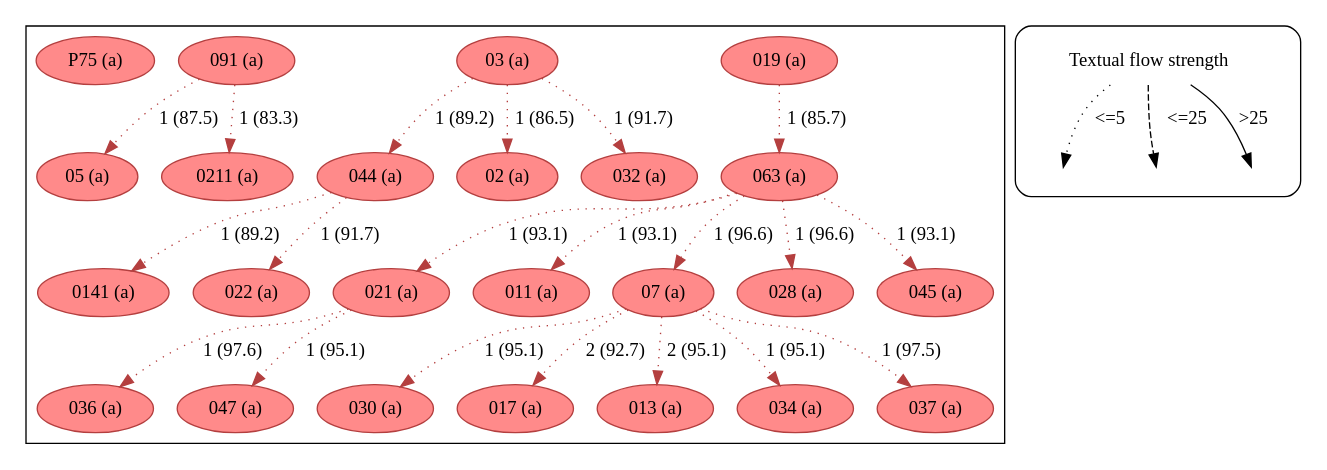
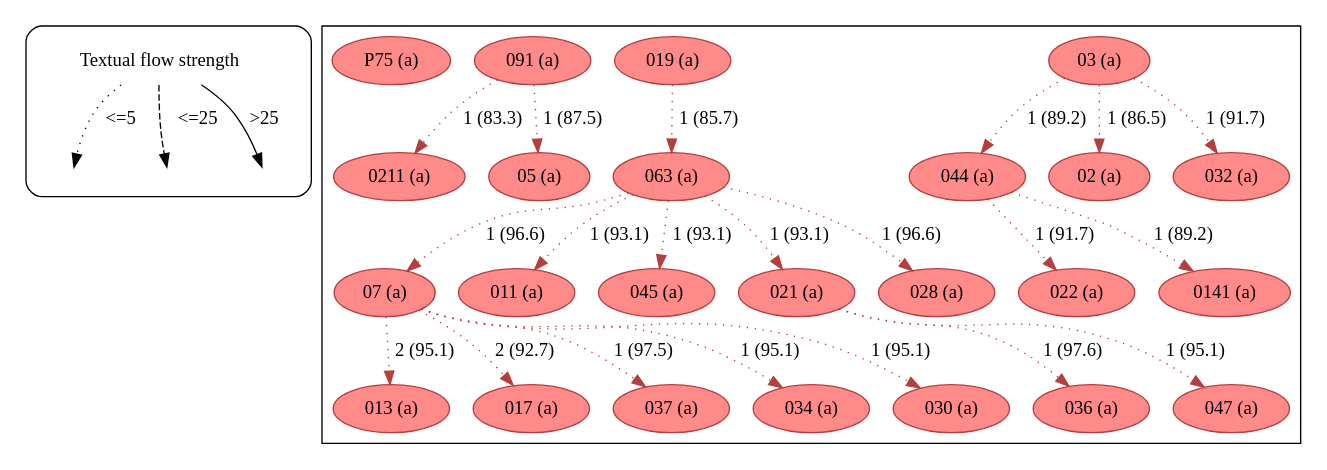
Before and after one commit to edmondac/CBGM: the diagram in example/c2/textual_flow_22_88_c2_a.dot, drawn with Graphviz. The commit also changed other lines of this file and 800 other files, not shown here.

```diff
--- a/example/c2/textual_flow_22_88_c2_a.dot
+++ b/example/c2/textual_flow_22_88_c2_a.dot
@@ -1,184 +1,184 @@
 strict digraph  {
 	node [label="\N"];
-	subgraph cluster_reading {
-		021		 [color="#b43f3f",
-			fillcolor="#FF8A8A",
-			label="021 (a)",
-			style=filled];
-		036		 [color="#b43f3f",
-			fillcolor="#FF8A8A",
-			label="036 (a)",
-			style=filled];
-		021 -> 036		 [color="#b43f3f",
-			label="1 (97.6)",
-			style=dotted];
-		047		 [color="#b43f3f",
-			fillcolor="#FF8A8A",
-			label="047 (a)",
-			style=filled];
-		021 -> 047		 [color="#b43f3f",
-			label="1 (95.1)",
-			style=dotted];
-		063		 [color="#b43f3f",
-			fillcolor="#FF8A8A",
-			label="063 (a)",
-			style=filled];
-		063 -> 021		 [color="#b43f3f",
-			label="1 (93.1)",
-			style=dotted];
-		011		 [color="#b43f3f",
-			fillcolor="#FF8A8A",
-			label="011 (a)",
-			style=filled];
-		063 -> 011		 [color="#b43f3f",
-			label="1 (93.1)",
-			style=dotted];
-		07		 [color="#b43f3f",
-			fillcolor="#FF8A8A",
-			label="07 (a)",
-			style=filled];
-		063 -> 07		 [color="#b43f3f",
-			label="1 (96.6)",
-			style=dotted];
-		028		 [color="#b43f3f",
-			fillcolor="#FF8A8A",
-			label="028 (a)",
-			style=filled];
-		063 -> 028		 [color="#b43f3f",
-			label="1 (96.6)",
-			style=dotted];
-		045		 [color="#b43f3f",
-			fillcolor="#FF8A8A",
-			label="045 (a)",
-			style=filled];
-		063 -> 045		 [color="#b43f3f",
-			label="1 (93.1)",
-			style=dotted];
-		019		 [color="#b43f3f",
-			fillcolor="#FF8A8A",
-			label="019 (a)",
-			style=filled];
-		019 -> 063		 [color="#b43f3f",
-			label="1 (85.7)",
-			style=dotted];
-		030		 [color="#b43f3f",
-			fillcolor="#FF8A8A",
-			label="030 (a)",
-			style=filled];
-		07 -> 030		 [color="#b43f3f",
-			label="1 (95.1)",
-			style=dotted];
-		017		 [color="#b43f3f",
-			fillcolor="#FF8A8A",
-			label="017 (a)",
-			style=filled];
-		07 -> 017		 [color="#b43f3f",
-			label="2 (92.7)",
-			style=dotted];
-		013		 [color="#b43f3f",
-			fillcolor="#FF8A8A",
-			label="013 (a)",
-			style=filled];
-		07 -> 013		 [color="#b43f3f",
-			label="2 (95.1)",
-			style=dotted];
-		034		 [color="#b43f3f",
-			fillcolor="#FF8A8A",
-			label="034 (a)",
-			style=filled];
-		07 -> 034		 [color="#b43f3f",
-			label="1 (95.1)",
-			style=dotted];
-		037		 [color="#b43f3f",
-			fillcolor="#FF8A8A",
-			label="037 (a)",
-			style=filled];
-		07 -> 037		 [color="#b43f3f",
-			label="1 (97.5)",
-			style=dotted];
-		03		 [color="#b43f3f",
-			fillcolor="#FF8A8A",
-			label="03 (a)",
-			style=filled];
-		044		 [color="#b43f3f",
-			fillcolor="#FF8A8A",
-			label="044 (a)",
-			style=filled];
-		03 -> 044		 [color="#b43f3f",
-			label="1 (89.2)",
-			style=dotted];
-		02		 [color="#b43f3f",
-			fillcolor="#FF8A8A",
-			label="02 (a)",
-			style=filled];
-		03 -> 02		 [color="#b43f3f",
-			label="1 (86.5)",
-			style=dotted];
-		032		 [color="#b43f3f",
-			fillcolor="#FF8A8A",
-			label="032 (a)",
-			style=filled];
-		03 -> 032		 [color="#b43f3f",
-			label="1 (91.7)",
-			style=dotted];
-		0141		 [color="#b43f3f",
-			fillcolor="#FF8A8A",
-			label="0141 (a)",
-			style=filled];
-		044 -> 0141		 [color="#b43f3f",
-			label="1 (89.2)",
-			style=dotted];
-		022		 [color="#b43f3f",
-			fillcolor="#FF8A8A",
-			label="022 (a)",
-			style=filled];
-		044 -> 022		 [color="#b43f3f",
-			label="1 (91.7)",
-			style=dotted];
-		091		 [color="#b43f3f",
-			fillcolor="#FF8A8A",
-			label="091 (a)",
-			style=filled];
-		05		 [color="#b43f3f",
-			fillcolor="#FF8A8A",
-			label="05 (a)",
-			style=filled];
-		091 -> 05		 [color="#b43f3f",
-			label="1 (87.5)",
-			style=dotted];
-		0211		 [color="#b43f3f",
-			fillcolor="#FF8A8A",
-			label="0211 (a)",
-			style=filled];
-		091 -> 0211		 [color="#b43f3f",
-			label="1 (83.3)",
-			style=dotted];
-		P75		 [color="#b43f3f",
-			fillcolor="#FF8A8A",
-			label="P75 (a)",
-			style=filled];
-	}
 	subgraph cluster_legend {
 		graph [style=rounded];
 		leg_s		 [label="Textual flow strength",
 			shape=plaintext];
 		leg_e1		 [fixedsize=True,
 			height=0.2,
 			label="",
 			style=invis];
 		leg_s -> leg_e1		 [label="<=5  ",
 			style=dotted];
 		leg_e2		 [fixedsize=True,
 			height=0.2,
 			label="",
 			style=invis];
 		leg_s -> leg_e2		 [label="  <=25",
 			style=dashed];
 		leg_e3		 [fixedsize=True,
 			height=0.2,
 			label="",
 			style=invis];
 		leg_s -> leg_e3		 [label=">25",
 			style=solid];
 	}
+	subgraph cluster_reading {
+		044		 [color="#b43f3f",
+			fillcolor="#FF8A8A",
+			label="044 (a)",
+			style=filled];
+		022		 [color="#b43f3f",
+			fillcolor="#FF8A8A",
+			label="022 (a)",
+			style=filled];
+		044 -> 022		 [color="#b43f3f",
+			label="1 (91.7)",
+			style=dotted];
+		0141		 [color="#b43f3f",
+			fillcolor="#FF8A8A",
+			label="0141 (a)",
+			style=filled];
+		044 -> 0141		 [color="#b43f3f",
+			label="1 (89.2)",
+			style=dotted];
+		07		 [color="#b43f3f",
+			fillcolor="#FF8A8A",
+			label="07 (a)",
+			style=filled];
+		013		 [color="#b43f3f",
+			fillcolor="#FF8A8A",
+			label="013 (a)",
+			style=filled];
+		07 -> 013		 [color="#b43f3f",
+			label="2 (95.1)",
+			style=dotted];
+		017		 [color="#b43f3f",
+			fillcolor="#FF8A8A",
+			label="017 (a)",
+			style=filled];
+		07 -> 017		 [color="#b43f3f",
+			label="2 (92.7)",
+			style=dotted];
+		037		 [color="#b43f3f",
+			fillcolor="#FF8A8A",
+			label="037 (a)",
+			style=filled];
+		07 -> 037		 [color="#b43f3f",
+			label="1 (97.5)",
+			style=dotted];
+		034		 [color="#b43f3f",
+			fillcolor="#FF8A8A",
+			label="034 (a)",
+			style=filled];
+		07 -> 034		 [color="#b43f3f",
+			label="1 (95.1)",
+			style=dotted];
+		030		 [color="#b43f3f",
+			fillcolor="#FF8A8A",
+			label="030 (a)",
+			style=filled];
+		07 -> 030		 [color="#b43f3f",
+			label="1 (95.1)",
+			style=dotted];
+		03		 [color="#b43f3f",
+			fillcolor="#FF8A8A",
+			label="03 (a)",
+			style=filled];
+		03 -> 044		 [color="#b43f3f",
+			label="1 (89.2)",
+			style=dotted];
+		02		 [color="#b43f3f",
+			fillcolor="#FF8A8A",
+			label="02 (a)",
+			style=filled];
+		03 -> 02		 [color="#b43f3f",
+			label="1 (86.5)",
+			style=dotted];
+		032		 [color="#b43f3f",
+			fillcolor="#FF8A8A",
+			label="032 (a)",
+			style=filled];
+		03 -> 032		 [color="#b43f3f",
+			label="1 (91.7)",
+			style=dotted];
+		019		 [color="#b43f3f",
+			fillcolor="#FF8A8A",
+			label="019 (a)",
+			style=filled];
+		063		 [color="#b43f3f",
+			fillcolor="#FF8A8A",
+			label="063 (a)",
+			style=filled];
+		019 -> 063		 [color="#b43f3f",
+			label="1 (85.7)",
+			style=dotted];
+		063 -> 07		 [color="#b43f3f",
+			label="1 (96.6)",
+			style=dotted];
+		011		 [color="#b43f3f",
+			fillcolor="#FF8A8A",
+			label="011 (a)",
+			style=filled];
+		063 -> 011		 [color="#b43f3f",
+			label="1 (93.1)",
+			style=dotted];
+		045		 [color="#b43f3f",
+			fillcolor="#FF8A8A",
+			label="045 (a)",
+			style=filled];
+		063 -> 045		 [color="#b43f3f",
+			label="1 (93.1)",
+			style=dotted];
+		021		 [color="#b43f3f",
+			fillcolor="#FF8A8A",
+			label="021 (a)",
+			style=filled];
+		063 -> 021		 [color="#b43f3f",
+			label="1 (93.1)",
+			style=dotted];
+		028		 [color="#b43f3f",
+			fillcolor="#FF8A8A",
+			label="028 (a)",
+			style=filled];
+		063 -> 028		 [color="#b43f3f",
+			label="1 (96.6)",
+			style=dotted];
+		091		 [color="#b43f3f",
+			fillcolor="#FF8A8A",
+			label="091 (a)",
+			style=filled];
+		0211		 [color="#b43f3f",
+			fillcolor="#FF8A8A",
+			label="0211 (a)",
+			style=filled];
+		091 -> 0211		 [color="#b43f3f",
+			label="1 (83.3)",
+			style=dotted];
+		05		 [color="#b43f3f",
+			fillcolor="#FF8A8A",
+			label="05 (a)",
+			style=filled];
+		091 -> 05		 [color="#b43f3f",
+			label="1 (87.5)",
+			style=dotted];
+		036		 [color="#b43f3f",
+			fillcolor="#FF8A8A",
+			label="036 (a)",
+			style=filled];
+		021 -> 036		 [color="#b43f3f",
+			label="1 (97.6)",
+			style=dotted];
+		047		 [color="#b43f3f",
+			fillcolor="#FF8A8A",
+			label="047 (a)",
+			style=filled];
+		021 -> 047		 [color="#b43f3f",
+			label="1 (95.1)",
+			style=dotted];
+		P75		 [color="#b43f3f",
+			fillcolor="#FF8A8A",
+			label="P75 (a)",
+			style=filled];
+	}
 }
```
